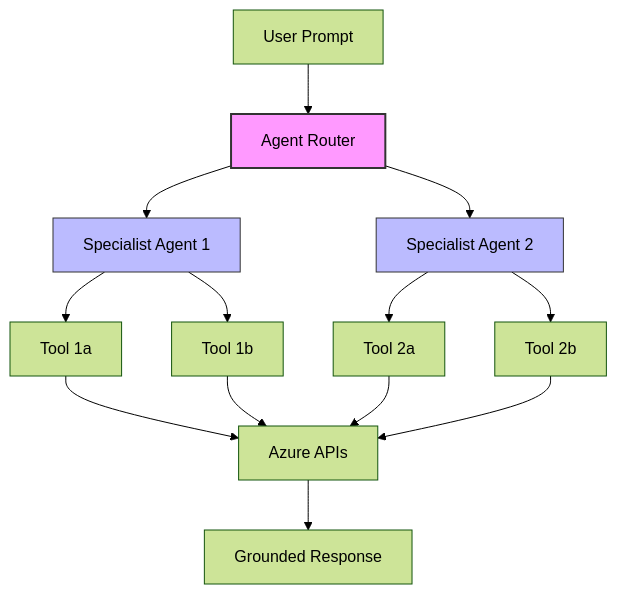
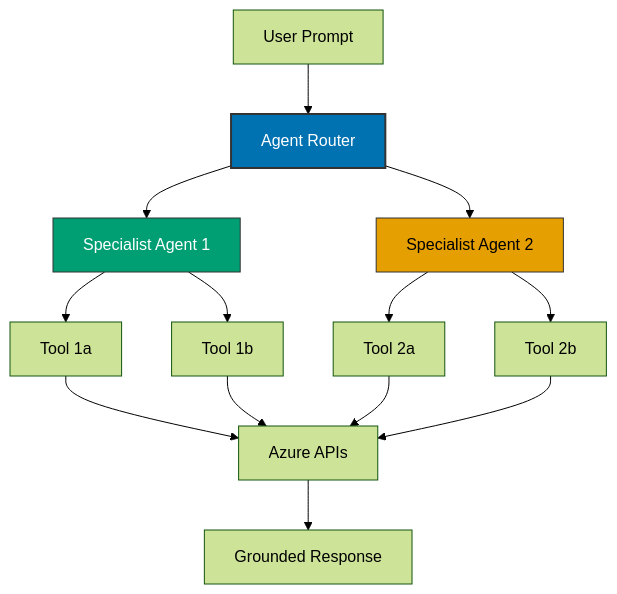
One commit to gcb-mc/agent-eval-skill changed the diagram in README.md. Above: the diagram before and after it, drawn with Mermaid (forest theme).

Commit message:
Change styles for elements B, C, and D
Updated styles for elements B, C, and D in the README.

````diff
--- a/README.md
+++ b/README.md
@@ -81,19 +81,20 @@
 ```mermaid
 graph TD
     A[User Prompt] --> B[Agent Router]
     B --> C[Specialist Agent 1]
     B --> D[Specialist Agent 2]
     C --> E[Tool 1a]
     C --> F[Tool 1b]
     D --> G[Tool 2a]
     D --> H[Tool 2b]
     E --> I[Azure APIs]
     F --> I
     G --> I
     H --> I
     I --> J[Grounded Response]
 
-    style B fill:#f9f,stroke:#333,stroke-width:2px
-    style C fill:#bbf,stroke:#333
-    style D fill:#bbf,stroke:#333
+    style B fill:#0072B2,stroke:#333,stroke-width:2px,color:#FFFFFF
+    style C fill:#009E73,stroke:#333,color:#FFFFFF
+    style D fill:#E69F00,stroke:#333,color:#000000
+
 ```
````
